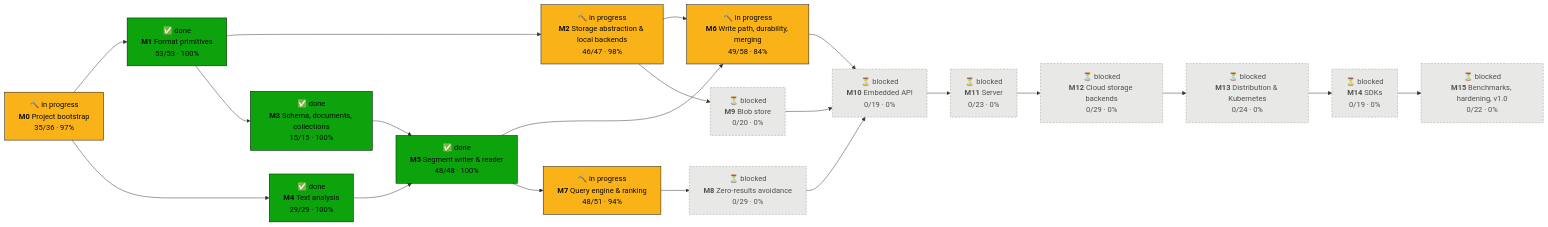
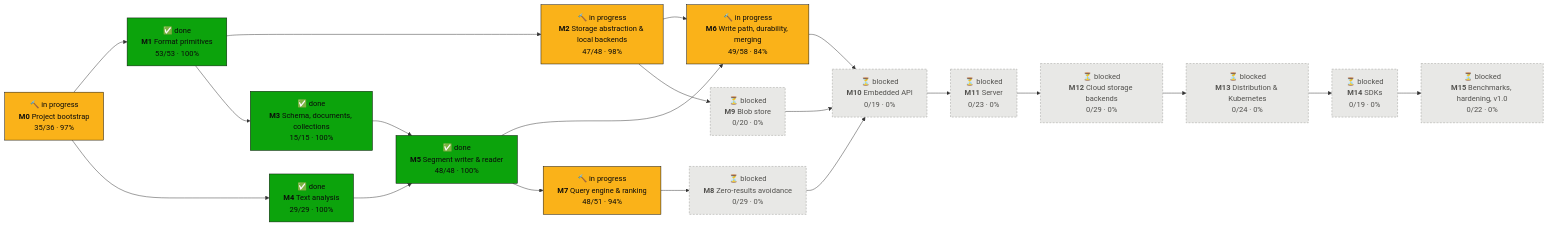
The first of 2 diagrams in PROGRESS.md (tomiok/persiaDB), drawn with Mermaid before and after one commit. The commit also changed other lines of this file and 8 other files, not shown here.

First line of the commit message:
fix(storage): address 2.3.11 review; tick ROADMAP 2.3.11

````diff
--- a/PROGRESS.md
+++ b/PROGRESS.md
@@ -16,42 +16,42 @@
 ```mermaid
 flowchart LR
   M0["🔨 in progress<br/><b>M0</b> Project bootstrap<br/>35/36 · 97%"]:::doing
   M1["✅ done<br/><b>M1</b> Format primitives<br/>53/53 · 100%"]:::done
-  M2["🔨 in progress<br/><b>M2</b> Storage abstraction & local backends<br/>46/47 · 98%"]:::doing
+  M2["🔨 in progress<br/><b>M2</b> Storage abstraction & local backends<br/>47/48 · 98%"]:::doing
   M3["✅ done<br/><b>M3</b> Schema, documents, collections<br/>15/15 · 100%"]:::done
   M4["✅ done<br/><b>M4</b> Text analysis<br/>29/29 · 100%"]:::done
   M5["✅ done<br/><b>M5</b> Segment writer & reader<br/>48/48 · 100%"]:::done
   M6["🔨 in progress<br/><b>M6</b> Write path, durability, merging<br/>49/58 · 84%"]:::doing
   M7["🔨 in progress<br/><b>M7</b> Query engine & ranking<br/>48/51 · 94%"]:::doing
   M8["⏳ blocked<br/><b>M8</b> Zero-results avoidance<br/>0/29 · 0%"]:::blocked
   M9["⏳ blocked<br/><b>M9</b> Blob store<br/>0/20 · 0%"]:::blocked
   M10["⏳ blocked<br/><b>M10</b> Embedded API<br/>0/19 · 0%"]:::blocked
   M11["⏳ blocked<br/><b>M11</b> Server<br/>0/23 · 0%"]:::blocked
   M12["⏳ blocked<br/><b>M12</b> Cloud storage backends<br/>0/29 · 0%"]:::blocked
   M13["⏳ blocked<br/><b>M13</b> Distribution & Kubernetes<br/>0/24 · 0%"]:::blocked
   M14["⏳ blocked<br/><b>M14</b> SDKs<br/>0/19 · 0%"]:::blocked
   M15["⏳ blocked<br/><b>M15</b> Benchmarks, hardening, v1.0<br/>0/22 · 0%"]:::blocked
   M0 --> M1
   M1 --> M2
   M1 --> M3
   M0 --> M4
   M3 --> M5
   M4 --> M5
   M2 --> M6
   M5 --> M6
   M5 --> M7
   M7 --> M8
   M2 --> M9
   M6 --> M10
   M8 --> M10
   M9 --> M10
   M10 --> M11
   M11 --> M12
   M12 --> M13
   M13 --> M14
   M14 --> M15
   classDef done fill:#0ca30c,stroke:#0b0b0b,color:#0b0b0b
   classDef doing fill:#fab219,stroke:#0b0b0b,color:#0b0b0b
   classDef ready fill:#fcfcfb,stroke:#0b0b0b,stroke-width:2px,color:#0b0b0b
   classDef blocked fill:#e8e8e6,stroke:#9a9a96,stroke-dasharray:4 3,color:#52514e
 ```
````
